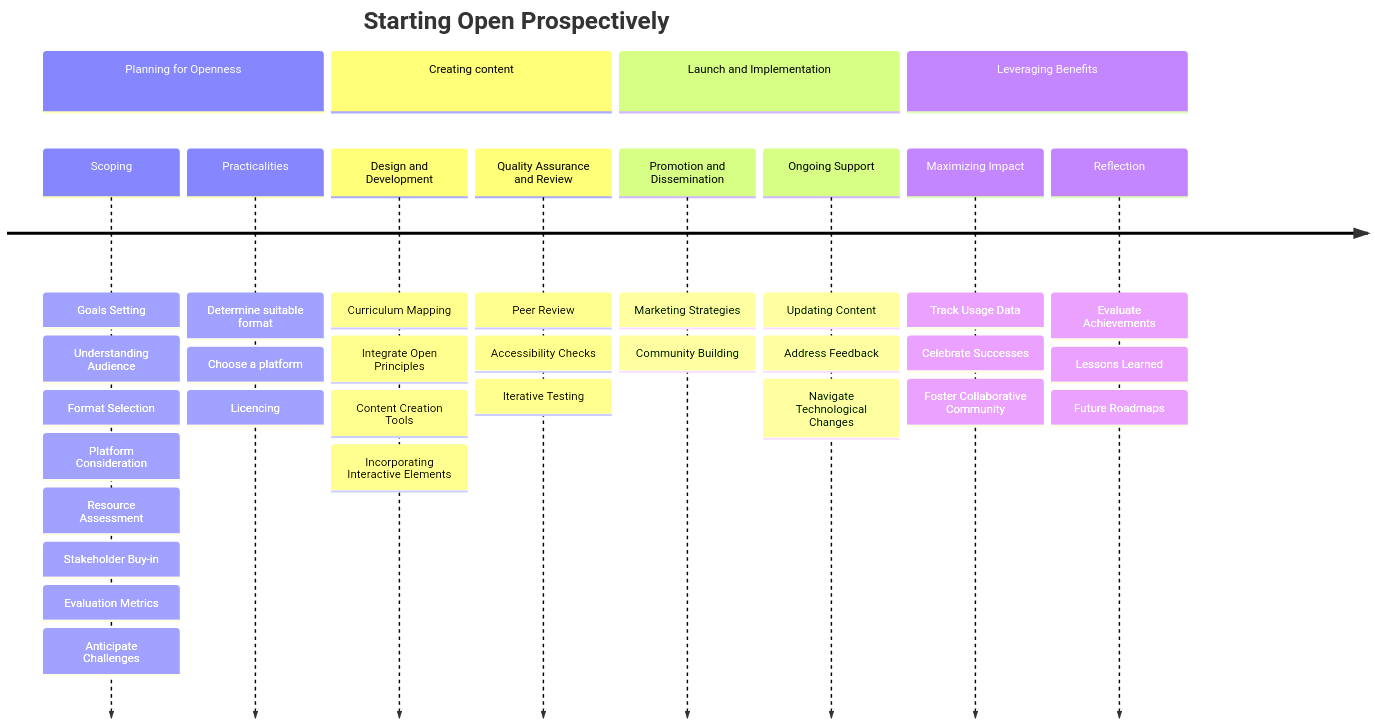
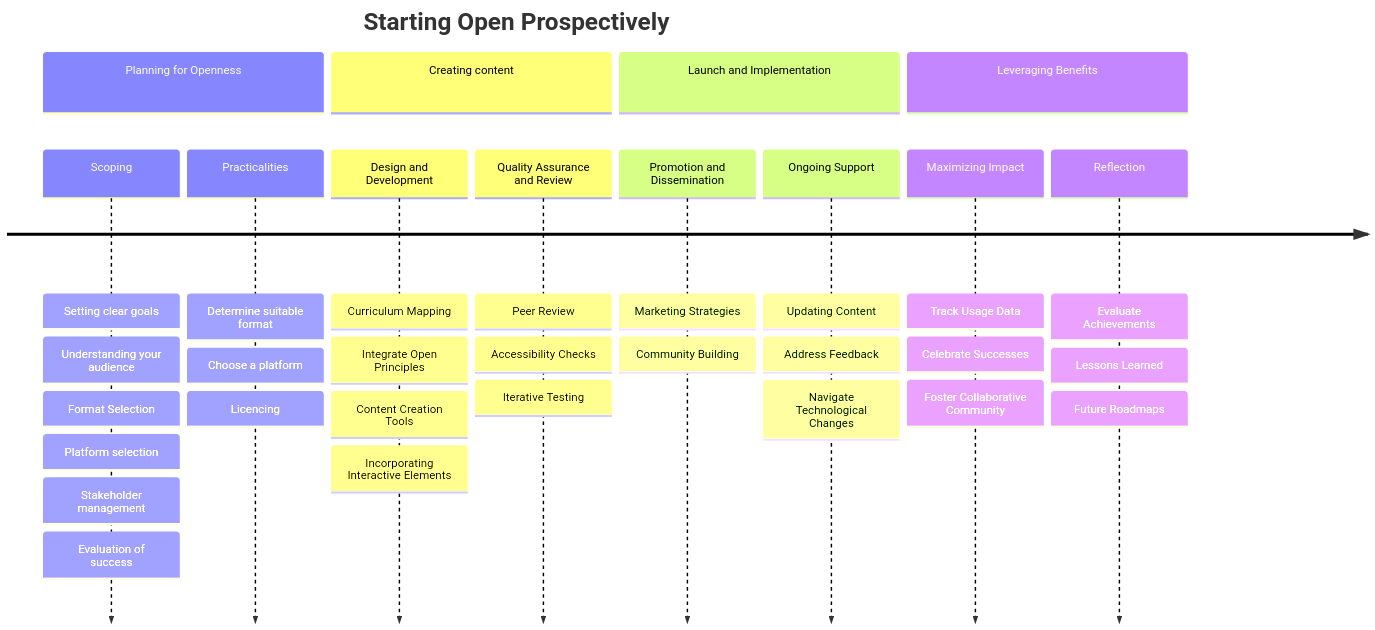
Before and after one commit to gerkovink/openeducationbook: the second of 3 diagrams in creating_content.qmd, drawn with Mermaid. The commit also changed other lines of this file and 19 other files, not shown here.

````diff
--- a/creating_content.qmd
+++ b/creating_content.qmd
@@ -56,42 +54,40 @@
 ```{mermaid}
 %%| fig-cap: Note this figure is not yet ready and just here as an idea to put a sequence of actions as an overview.
 %%| label: fig-planning_for_openness3
 
 timeline
   title Starting Open Prospectively
   section Planning for Openness
-    Scoping : Goals Setting
-           : Understanding Audience
+    Scoping : Setting clear goals
+           : Understanding your audience
            : Format Selection
-           : Platform Consideration
-           : Resource Assessment
-           : Stakeholder Buy-in
-           : Evaluation Metrics
-           : Anticipate Challenges
+           : Platform selection
+           : Stakeholder management
+           : Evaluation of success
     Practicalities : Determine suitable format
                    : Choose a platform
                    : Licencing
   section Creating content
     Design and Development : Curriculum Mapping
                            : Integrate Open Principles
                            : Content Creation Tools
                            : Incorporating Interactive Elements
     Quality Assurance and Review : Peer Review
                                 : Accessibility Checks
                                 : Iterative Testing
   section Launch and Implementation
     Promotion and Dissemination : Marketing Strategies
                                 : Community Building
     Ongoing Support : Updating Content
                     : Address Feedback
                     : Navigate Technological Changes
   section Leveraging Benefits
     Maximizing Impact : Track Usage Data
                       : Celebrate Successes
                       : Foster Collaborative Community
     Reflection : Evaluate Achievements
                : Lessons Learned
                : Future Roadmaps
 
                       
 ```
````
